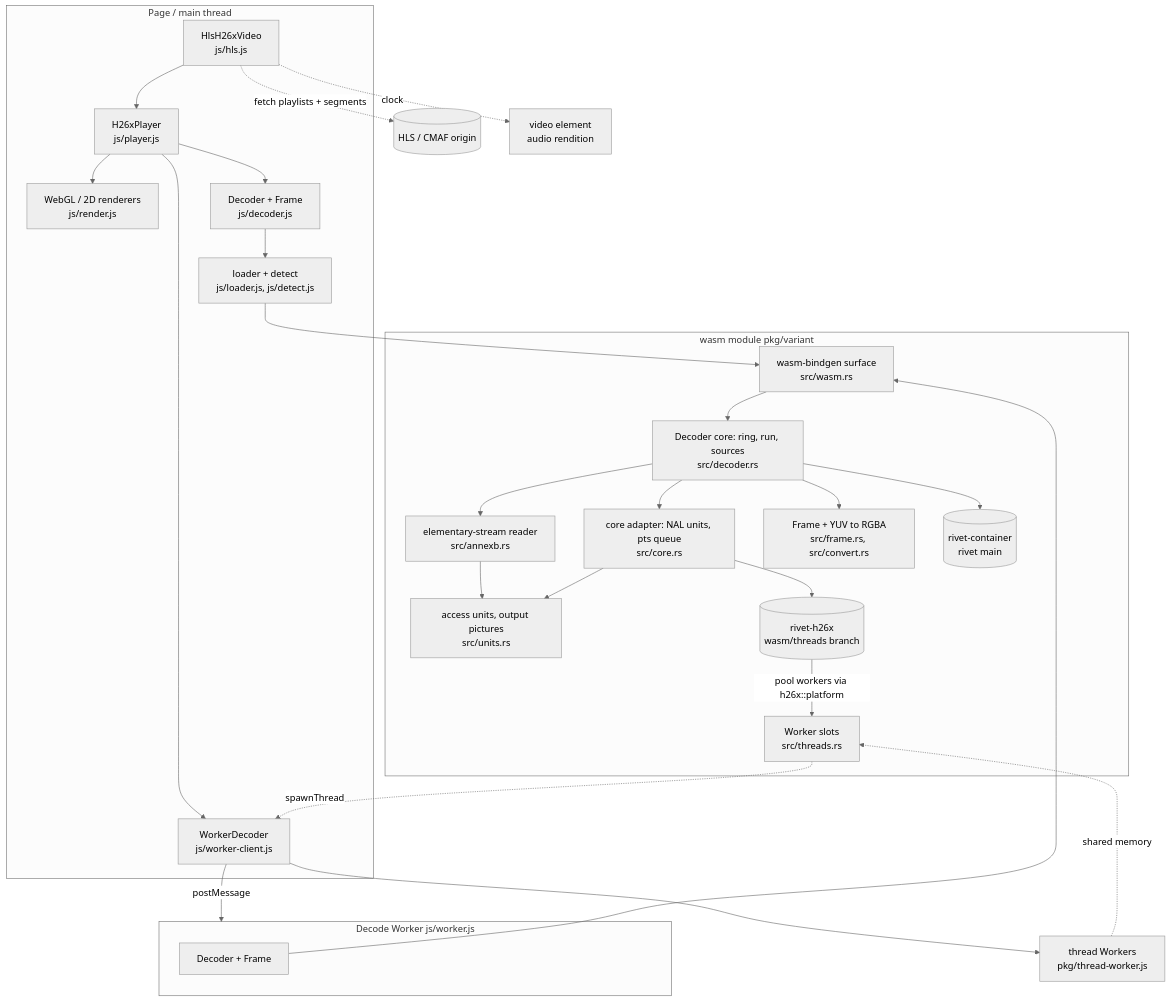
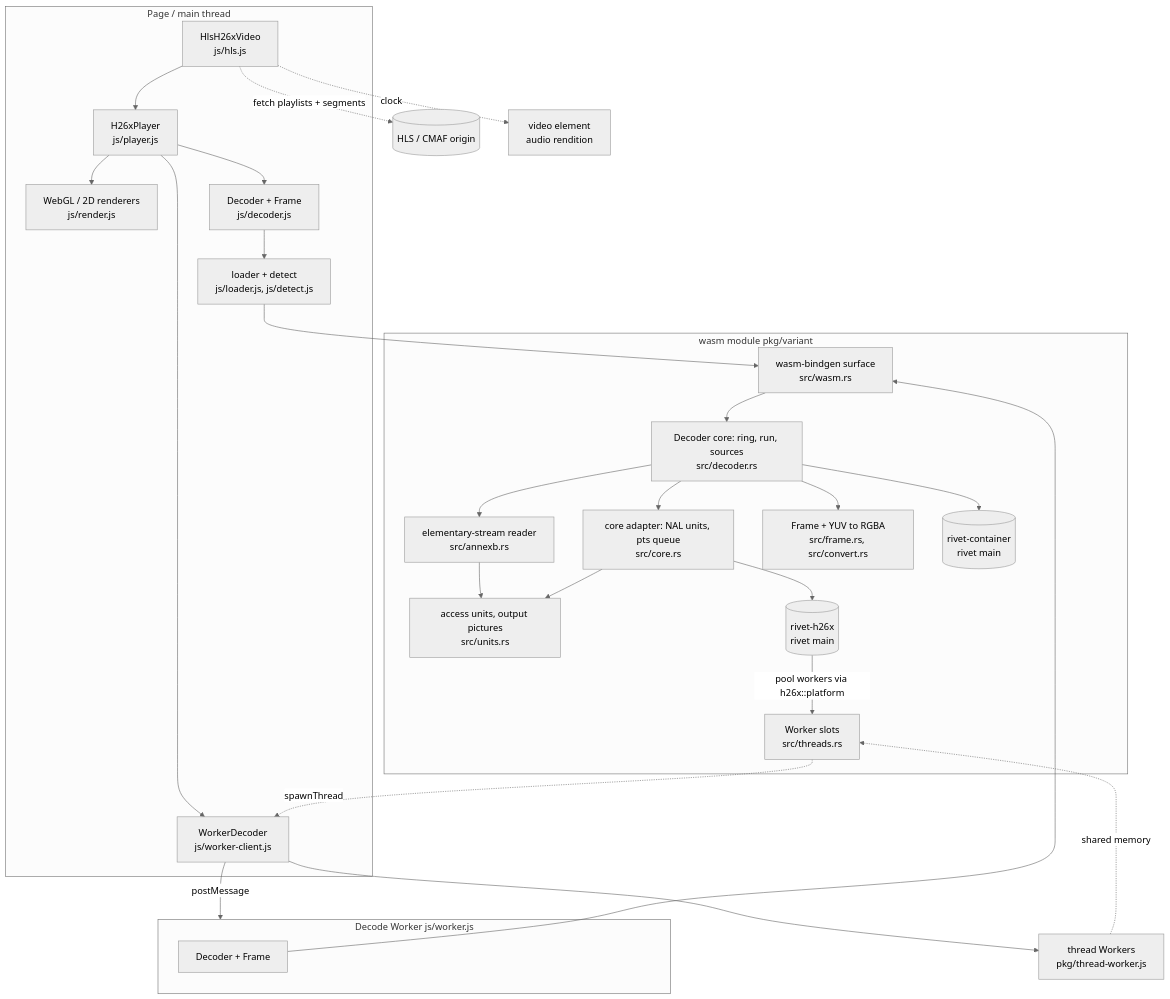
One commit to safewords/wasm-h26x changed the diagram in docs/features/README.md. Above: the diagram before and after it, drawn with Mermaid (neutral theme). The commit also changed other lines of this file and 9 other files, not shown here.

First line of the commit message:
Docs: rivet-h26x from rivet main, what it decodes now, and the run at 42acb04.

````diff
--- a/docs/features/README.md
+++ b/docs/features/README.md
@@ -34,42 +35,42 @@
 ```mermaid
 flowchart TB
   subgraph page[Page / main thread]
     hls[HlsH26xVideo<br/>js/hls.js]
     player[H26xPlayer<br/>js/player.js]
     render[WebGL / 2D renderers<br/>js/render.js]
     wclient[WorkerDecoder<br/>js/worker-client.js]
     jsdec[Decoder + Frame<br/>js/decoder.js]
     loader[loader + detect<br/>js/loader.js, js/detect.js]
   end
   subgraph worker[Decode Worker  js/worker.js]
     wdec[Decoder + Frame]
   end
   subgraph wasm[wasm module  pkg/variant]
     bind[wasm-bindgen surface<br/>src/wasm.rs]
     core[Decoder core: ring, run, sources<br/>src/decoder.rs]
     adapter[core adapter: NAL units, pts queue<br/>src/core.rs]
     units[access units, output pictures<br/>src/units.rs]
     annexb[elementary-stream reader<br/>src/annexb.rs]
     frame[Frame + YUV to RGBA<br/>src/frame.rs, src/convert.rs]
     threads[Worker slots<br/>src/threads.rs]
-    riveth26x[(rivet-h26x<br/>wasm/threads branch)]
+    riveth26x[(rivet-h26x<br/>rivet main)]
     rivet[(rivet-container<br/>rivet main)]
   end
   tw[thread Workers<br/>pkg/thread-worker.js]
 
   hls --> player --> render
   player --> jsdec
   player --> wclient -- postMessage --> worker
   jsdec --> loader --> bind
   wdec --> bind
   bind --> core
   core --> annexb --> units
   core --> rivet
   core --> adapter --> units
   adapter --> riveth26x
   core --> frame
   riveth26x -- pool workers via h26x::platform --> threads -. spawnThread .-> wclient --> tw
   tw -. shared memory .-> threads
   hls -. fetch playlists + segments .-> cdn[(HLS / CMAF origin)]
   hls -. clock .-> video[video element<br/>audio rendition]
 ```
````
